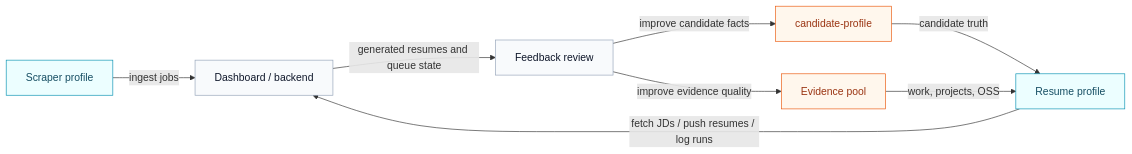
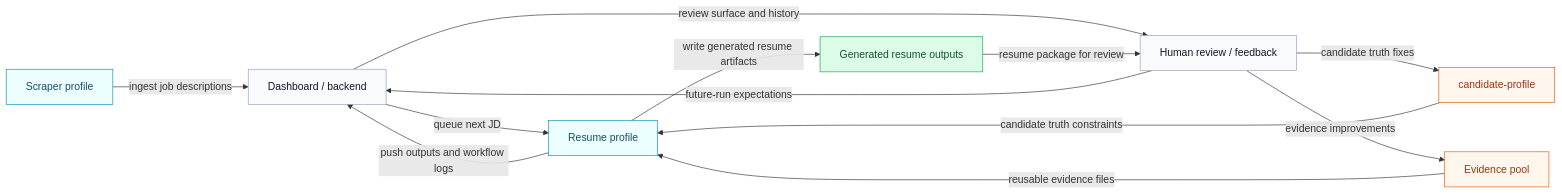
One commit to Aryan1718/hermes-autonomous-resume changed the diagram in docs-site/docs/architecture/system-design.md. Above: the diagram before and after it, drawn with Mermaid. The commit also changed other lines of this file and 9 other files, not shown here.

Commit message:
docs: simplify README and refocus architecture docs

````diff
--- a/docs-site/docs/architecture/system-design.md
+++ b/docs-site/docs/architecture/system-design.md
@@ -21,21 +18,27 @@
 ```mermaid
 flowchart LR
   classDef actor fill:#ecfeff,stroke:#0891b2,color:#164e63,stroke-width:1px;
   classDef system fill:#f8fafc,stroke:#94a3b8,color:#0f172a,stroke-width:1px;
   classDef data fill:#fff7ed,stroke:#ea580c,color:#9a3412,stroke-width:1px;
+  classDef output fill:#dcfce7,stroke:#16a34a,color:#14532d,stroke-width:1px;
 
   A[Scraper profile]:::actor
   B[Dashboard / backend]:::system
   C[Resume profile]:::actor
   D[candidate-profile]:::data
   E[Evidence pool]:::data
-  F[Feedback review]:::system
+  F[Generated resume outputs]:::output
+  G[Human review / feedback]:::system
 
-  A -->|ingest jobs| B
-  D -->|candidate truth| C
-  E -->|work, projects, OSS| C
-  C -->|fetch JDs / push resumes / log runs| B
-  B -->|generated resumes and queue state| F
-  F -->|improve candidate facts| D
-  F -->|improve evidence quality| E
+  A -->|ingest job descriptions| B
+  B -->|queue next JD| C
+  D -->|candidate truth constraints| C
+  E -->|reusable evidence files| C
+  C -->|write generated resume artifacts| F
+  C -->|push outputs and workflow logs| B
+  B -->|review surface and history| G
+  F -->|resume package for review| G
+  G -->|candidate truth fixes| D
+  G -->|evidence improvements| E
+  G -->|future-run expectations| B
 ```
````
